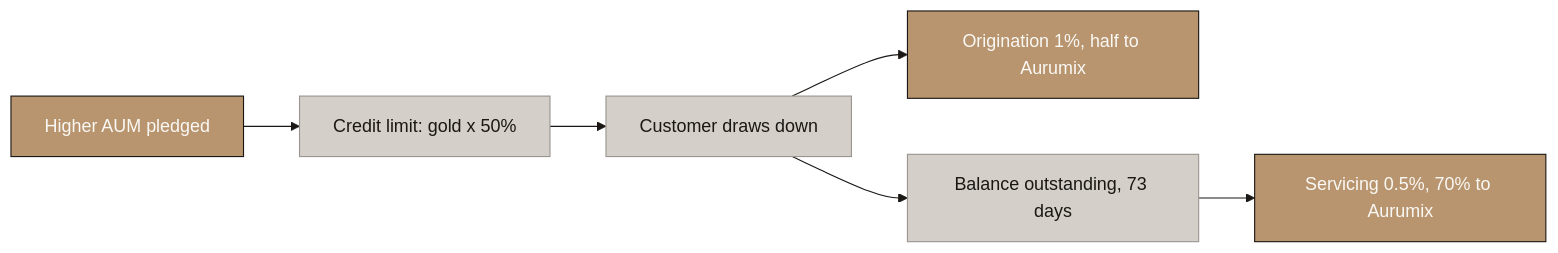
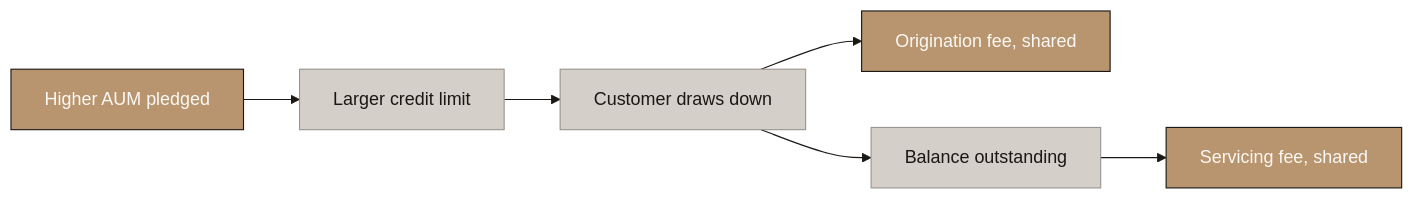
Before and after one commit to Abdsys/Aurumix: the fifth of 6 diagrams in deliverables/4-revenue-modeling/Aurumix_Process_Maps_Revenue_Growth.md, drawn with Mermaid. The commit also changed other lines of this file, not shown here.

First line of the commit message:
Abstract the growth maps; fold spot into the entry fee

````diff
--- a/deliverables/4-revenue-modeling/Aurumix_Process_Maps_Revenue_Growth.md
+++ b/deliverables/4-revenue-modeling/Aurumix_Process_Maps_Revenue_Growth.md
@@ -240,27 +244,27 @@
 ```mermaid
 %%{init: {'theme': 'base', 'themeVariables': {
     'primaryColor': '#B8956E',
     'primaryTextColor': '#1A1714',
     'primaryBorderColor': '#1A1714',
     'lineColor': '#1A1714',
     'secondaryColor': '#FAF8F5',
     'tertiaryColor': '#D4CFC8',
     'fontFamily': 'Libre Franklin, sans-serif',
     'edgeLabelBackground': '#D4CFC8',
     'clusterBkg': '#FAF8F5',
     'clusterBorder': '#B8956E'
 }}}%%
 graph LR
-    A["Higher AUM pledged"] --> B["Credit limit: gold x 50%"]
+    A["Higher AUM pledged"] --> B["Larger credit limit"]
     B --> C["Customer draws down"]
-    C --> D["Origination 1%, half to Aurumix"]
-    C --> E["Balance outstanding, 73 days"]
-    E --> F["Servicing 0.5%, 70% to Aurumix"]
+    C --> D["Origination fee, shared"]
+    C --> E["Balance outstanding"]
+    E --> F["Servicing fee, shared"]
 
     style A fill:#B8956E,stroke:#1A1714,color:#FAF8F5
     style B fill:#D4CFC8,stroke:#9A9590,color:#1A1714
     style C fill:#D4CFC8,stroke:#9A9590,color:#1A1714
     style D fill:#B8956E,stroke:#1A1714,color:#FAF8F5
     style E fill:#D4CFC8,stroke:#9A9590,color:#1A1714
     style F fill:#B8956E,stroke:#1A1714,color:#FAF8F5
 ```
````
